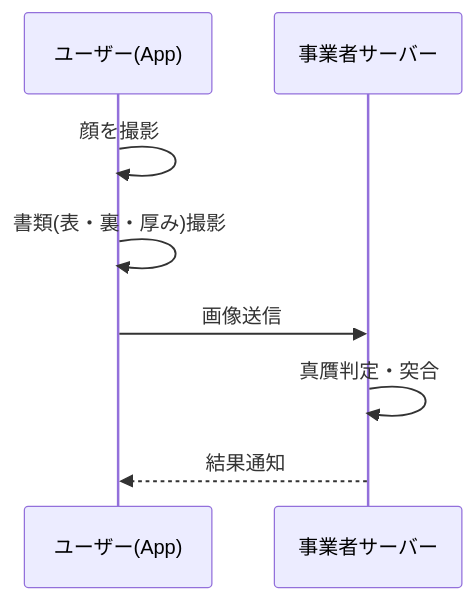
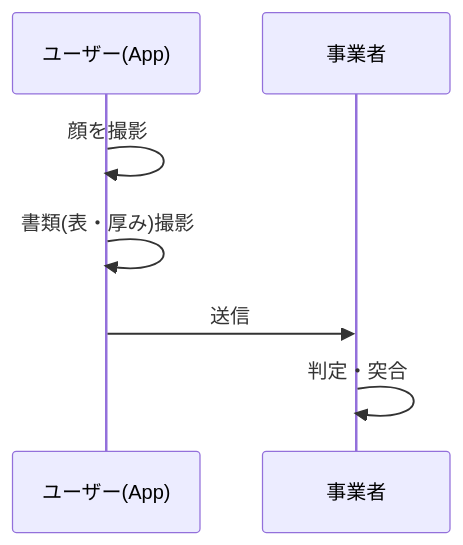
The ninth of 21 diagrams in hanshuho.md (CiderH2CO3/study-hanshuho), drawn with Mermaid before and after one commit. The commit also changed other lines of this file and 1 other file, not shown here.

````diff
--- a/hanshuho.md
+++ b/hanshuho.md
@@ -328,10 +348,9 @@
 ```mermaid
 sequenceDiagram
     participant User as ユーザー(App)
-    participant Server as 事業者サーバー
+    participant Server as 事業者
     User->>User: 顔を撮影
-    User->>User: 書類(表・裏・厚み)撮影
-    User->>Server: 画像送信
-    Server->>Server: 真贋判定・突合
-    Server-->>User: 結果通知
+    User->>User: 書類(表・厚み)撮影
+    User->>Server: 送信
+    Server->>Server: 判定・突合
 ```
````
